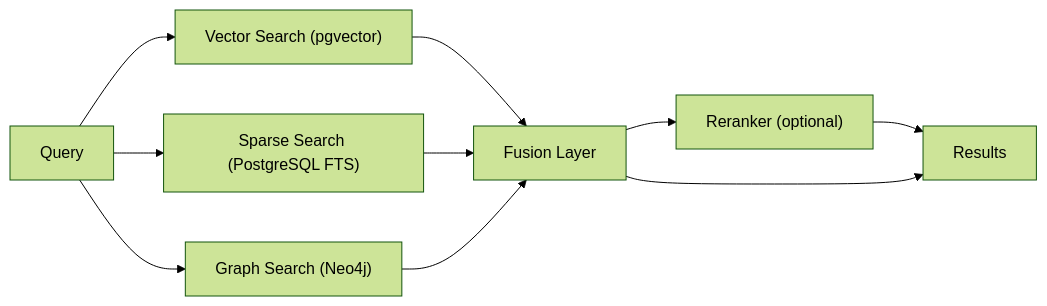
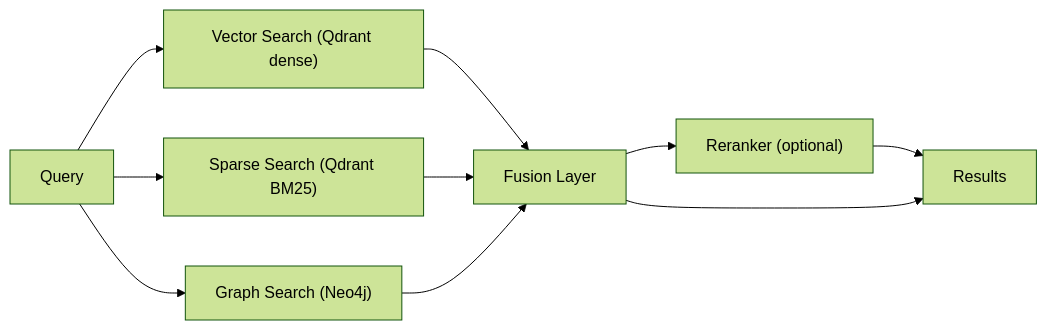
One commit to DMontgomery40/ragweld changed the first of 2 diagrams in mkdocs/docs/index.md. Above: the diagram before and after it, drawn with Mermaid (forest theme). The commit also changed other lines of this file and 12 other files, not shown here.

````diff
--- a/mkdocs/docs/index.md
+++ b/mkdocs/docs/index.md
@@ -123,12 +123,12 @@
 ```mermaid
 flowchart LR
-    Q["Query"] --> V["Vector Search (pgvector)"]
-    Q --> S["Sparse Search (PostgreSQL FTS)"]
+    Q["Query"] --> V["Vector Search (Qdrant dense)"]
+    Q --> S["Sparse Search (Qdrant BM25)"]
     Q --> G["Graph Search (Neo4j)"]
     V --> F["Fusion Layer"]
     S --> F
     G --> F
     F --> R["Reranker (optional)"]
     R --> O["Results"]
     F --> O
 ```
````
